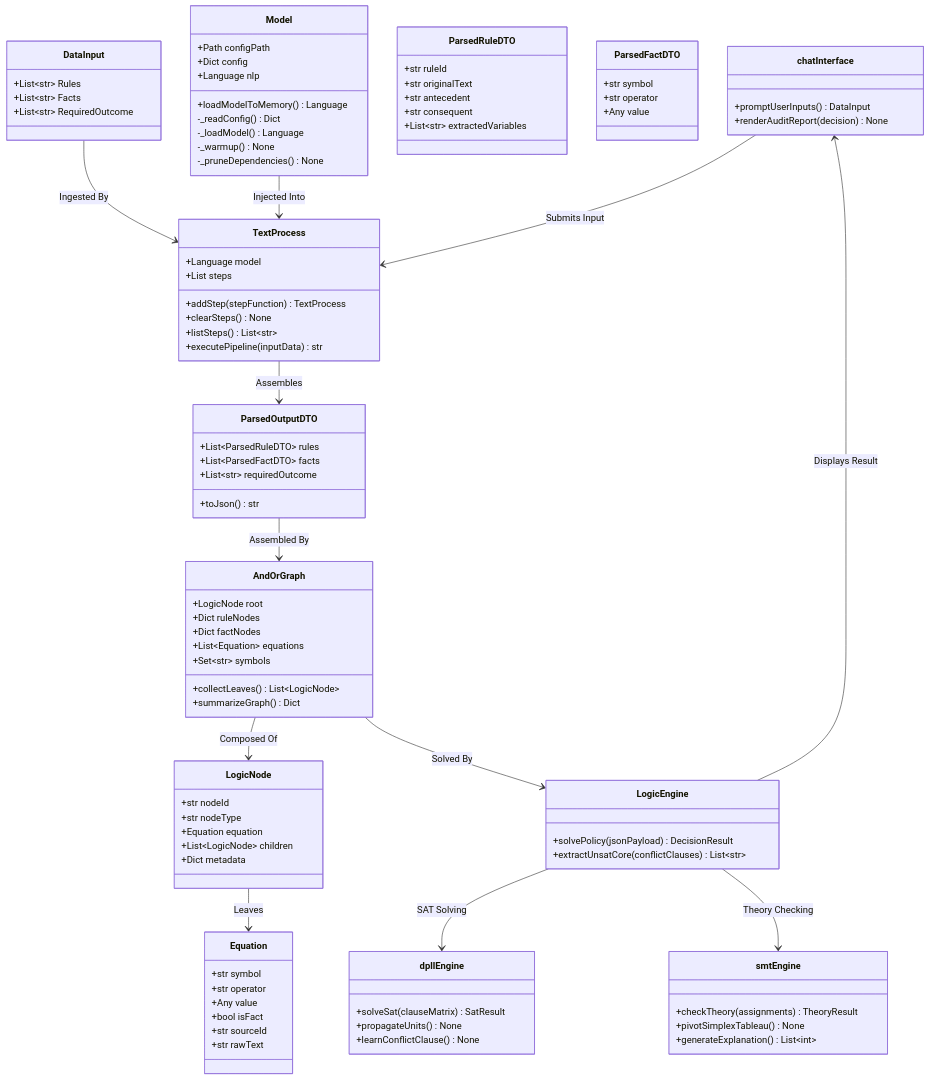
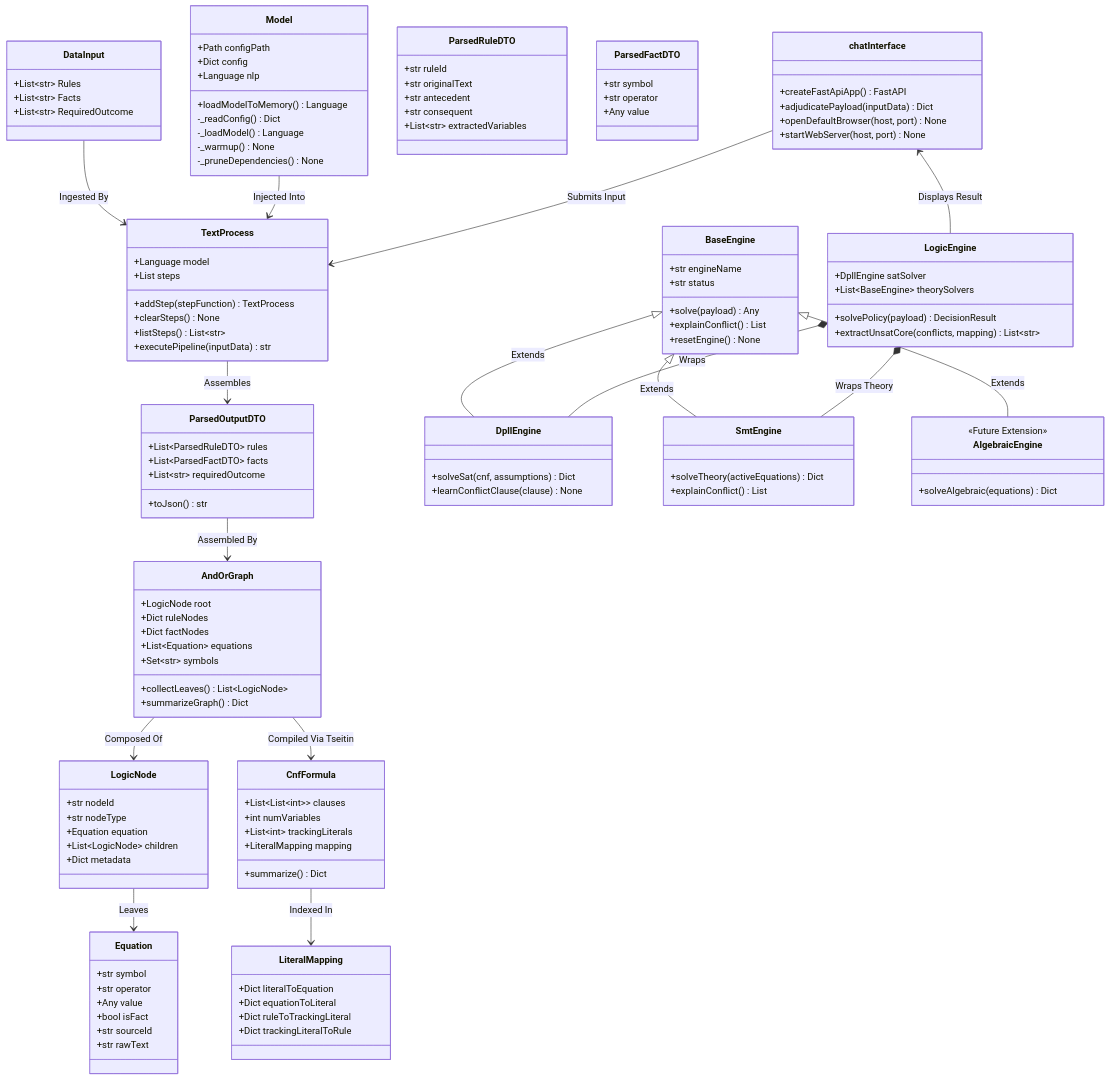
One commit to Kraftpaket-bibliothek/Shiva changed the diagram in Architecture/ComponentDiagram.md. Above: the diagram before and after it, drawn with Mermaid. The commit also changed 6 other files, not shown here.

````diff
--- a/Architecture/ComponentDiagram.md
+++ b/Architecture/ComponentDiagram.md
@@ -80,26 +80,56 @@
         +summarizeGraph() Dict
     }
 
-    class LogicEngine {
-        +solvePolicy(jsonPayload) DecisionResult
-        +extractUnsatCore(conflictClauses) List~str~
+    class CnfFormula {
+        +List~List~int~~ clauses
+        +int numVariables
+        +List~int~ trackingLiterals
+        +LiteralMapping mapping
+        +summarize() Dict
     }
 
-    class dpllEngine {
-        +solveSat(clauseMatrix) SatResult
-        +propagateUnits() None
-        +learnConflictClause() None
+    class LiteralMapping {
+        +Dict literalToEquation
+        +Dict equationToLiteral
+        +Dict ruleToTrackingLiteral
+        +Dict trackingLiteralToRule
     }
 
-    class smtEngine {
-        +checkTheory(assignments) TheoryResult
-        +pivotSimplexTableau() None
-        +generateExplanation() List~int~
+    class BaseEngine {
+        +str engineName
+        +str status
+        +solve(payload) Any
+        +explainConflict() List
+        +resetEngine() None
+    }
+
+    class DpllEngine {
+        +solveSat(cnf, assumptions) Dict
+        +learnConflictClause(clause) None
+    }
+
+    class SmtEngine {
+        +solveTheory(activeEquations) Dict
+        +explainConflict() List
+    }
+
+    class AlgebraicEngine {
+        <<Future Extension>>
+        +solveAlgebraic(equations) Dict
+    }
+
+    class LogicEngine {
+        +DpllEngine satSolver
+        +List~BaseEngine~ theorySolvers
+        +solvePolicy(payload) DecisionResult
+        +extractUnsatCore(conflicts, mapping) List~str~
     }
 
     class chatInterface {
-        +promptUserInputs() DataInput
-        +renderAuditReport(decision) None
+        +createFastApiApp() FastAPI
+        +adjudicatePayload(inputData) Dict
+        +openDefaultBrowser(host, port) None
+        +startWebServer(host, port) None
     }
 
     DataInput --> TextProcess : Ingested By
@@ -108,9 +138,13 @@
     ParsedOutputDTO --> AndOrGraph : Assembled By
     AndOrGraph --> LogicNode : Composed Of
     LogicNode --> Equation : Leaves
-    AndOrGraph --> LogicEngine : Solved By
-    LogicEngine --> dpllEngine : SAT Solving
-    LogicEngine --> smtEngine : Theory Checking
+    AndOrGraph --> CnfFormula : Compiled Via Tseitin
+    CnfFormula --> LiteralMapping : Indexed In
+    BaseEngine <|-- DpllEngine : Extends
+    BaseEngine <|-- SmtEngine : Extends
+    BaseEngine <|-- AlgebraicEngine : Extends
+    LogicEngine *-- DpllEngine : Wraps
+    LogicEngine *-- SmtEngine : Wraps Theory
     chatInterface --> TextProcess : Submits Input
     chatInterface <-- LogicEngine : Displays Result
 ```
````
